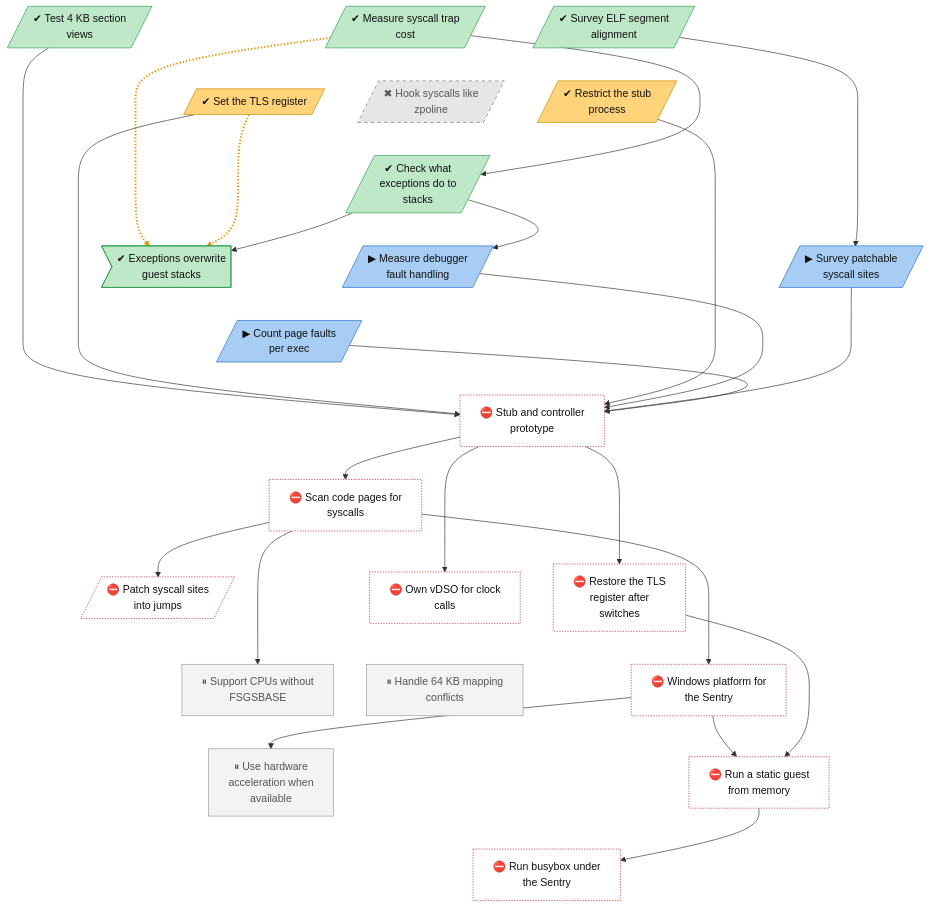
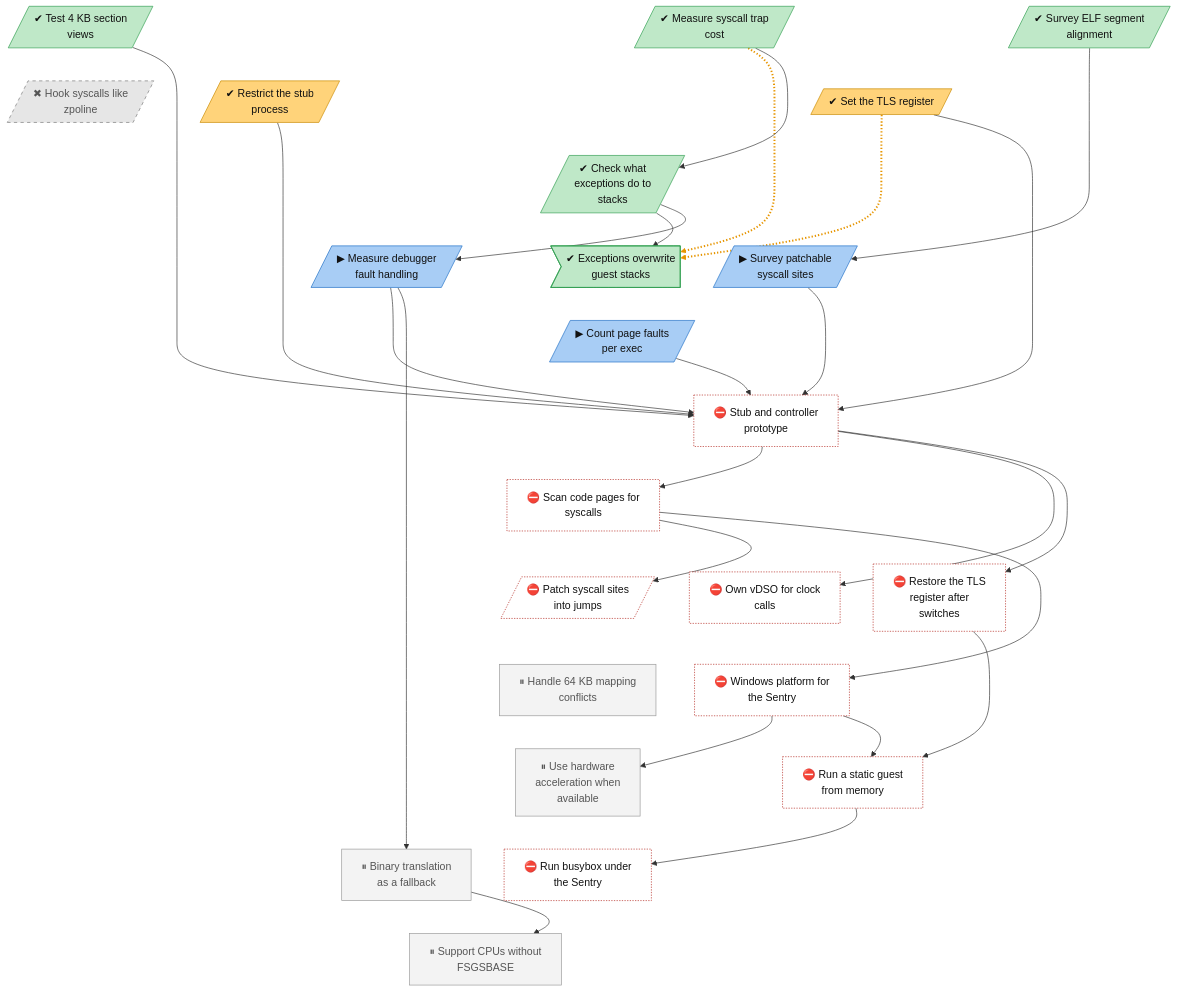
Before and after one commit to lhns/gvisor-windows: the diagram in docs/roadmap/tracks/platform.md, drawn with Mermaid. The commit also changed other lines of this file and 3 other files, not shown here.

First line of the commit message:
Park binary translation as a fallback, with v3compat as its start

````diff
--- a/docs/roadmap/tracks/platform.md
+++ b/docs/roadmap/tracks/platform.md
@@ -25,12 +25,13 @@
     platform_syscall_fast_path[/"⛔ Patch syscall sites<br/>into jumps"/]
     platform_own_vdso["⛔ Own vDSO for clock<br/>calls"]
     platform_fs_base_repair["⛔ Restore the TLS<br/>register after<br/>switches"]
-    platform_no_fsgsbase_fallback["⏸ Support CPUs without<br/>FSGSBASE"]
     platform_64k_mapping_conflicts["⏸ Handle 64 KB mapping<br/>conflicts"]
     platform_winstub["⛔ Windows platform for<br/>the Sentry"]
     platform_hardware_acceleration["⏸ Use hardware<br/>acceleration when<br/>available"]
     platform_static_guest_from_memory["⛔ Run a static guest<br/>from memory"]
     platform_busybox_on_windows["⛔ Run busybox under<br/>the Sentry"]
+    platform_binary_translation_fallback["⏸ Binary translation<br/>as a fallback"]
+    platform_no_fsgsbase_fallback["⏸ Support CPUs without<br/>FSGSBASE"]
     platform_elf_alignment_survey ~~~ platform_tls_register
     platform_trap_cost ~~~ platform_restricted_stub
     platform_4k_section_views ~~~ platform_zpoline_hooks
@@ -48,14 +49,15 @@
     platform_page_verification ~~~ platform_syscall_fast_path
     platform_page_verification ~~~ platform_own_vdso
     platform_page_verification ~~~ platform_fs_base_repair
-    platform_syscall_fast_path ~~~ platform_no_fsgsbase_fallback
-    platform_own_vdso ~~~ platform_64k_mapping_conflicts
+    platform_syscall_fast_path ~~~ platform_64k_mapping_conflicts
+    platform_own_vdso ~~~ platform_winstub
     platform_fs_base_repair ~~~ platform_winstub
-    platform_no_fsgsbase_fallback ~~~ platform_hardware_acceleration
-    platform_64k_mapping_conflicts ~~~ platform_static_guest_from_memory
+    platform_64k_mapping_conflicts ~~~ platform_hardware_acceleration
     platform_winstub ~~~ platform_static_guest_from_memory
     platform_hardware_acceleration ~~~ platform_busybox_on_windows
-    platform_static_guest_from_memory ~~~ platform_busybox_on_windows
+    platform_static_guest_from_memory ~~~ platform_binary_translation_fallback
+    platform_busybox_on_windows ~~~ platform_no_fsgsbase_fallback
+    platform_binary_translation_fallback ~~~ platform_no_fsgsbase_fallback
     platform_trap_cost -.-> platform_veh_on_guest_stack_unsafe
     platform_tls_register -.-> platform_veh_on_guest_stack_unsafe
     platform_trap_cost --> platform_exception_stack
@@ -72,13 +74,14 @@
     platform_page_verification --> platform_syscall_fast_path
     platform_stub_controller --> platform_own_vdso
     platform_stub_controller --> platform_fs_base_repair
-    platform_page_verification --> platform_no_fsgsbase_fallback
     platform_page_verification --> platform_winstub
     platform_winstub --> platform_hardware_acceleration
     platform_winstub --> platform_static_guest_from_memory
     platform_fs_base_repair --> platform_static_guest_from_memory
     platform_static_guest_from_memory --> platform_busybox_on_windows
-    linkStyle 25,26 stroke:#e69500,stroke-width:3px,stroke-dasharray:2 3
+    platform_debug_event_cost --> platform_binary_translation_fallback
+    platform_binary_translation_fallback --> platform_no_fsgsbase_fallback
+    linkStyle 26,27 stroke:#e69500,stroke-width:3px,stroke-dasharray:2 3
     classDef vsucc fill:#2e9e4f,stroke:#1b6b34,color:#fff
     classDef succ fill:#bfe8c8,stroke:#2e9e4f,color:#111
     classDef mixed fill:#ffd37a,stroke:#c98a00,color:#111
@@ -98,5 +101,5 @@
     class platform_zpoline_hooks dead
     class platform_debug_event_cost,platform_syscall_site_survey,platform_faults_per_exec inprog
     class platform_stub_controller,platform_page_verification,platform_syscall_fast_path,platform_own_vdso,platform_fs_base_repair,platform_winstub,platform_static_guest_from_memory,platform_busybox_on_windows blocked
-    class platform_no_fsgsbase_fallback,platform_64k_mapping_conflicts,platform_hardware_acceleration parked
+    class platform_64k_mapping_conflicts,platform_hardware_acceleration,platform_binary_translation_fallback,platform_no_fsgsbase_fallback parked
 ```
````
